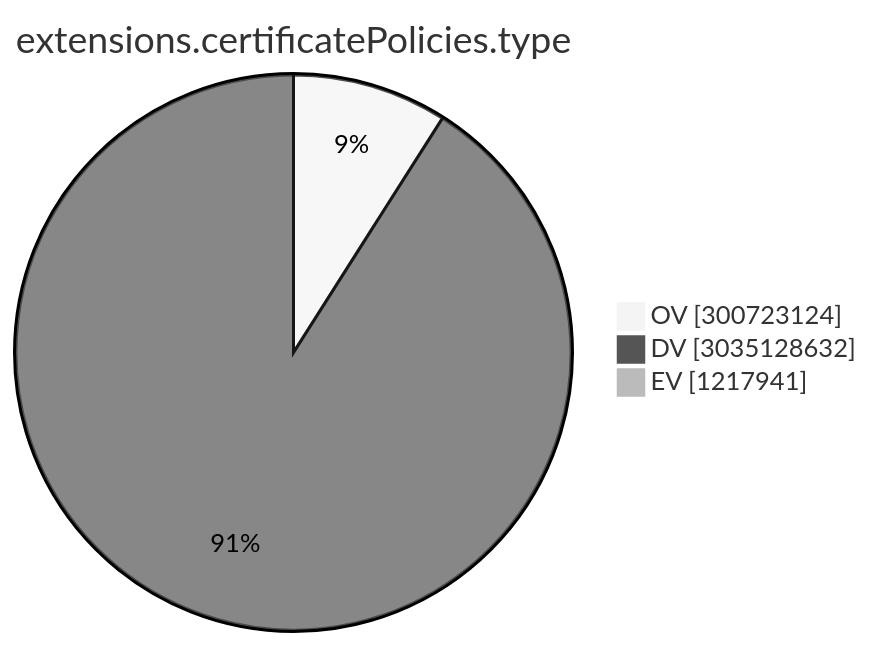
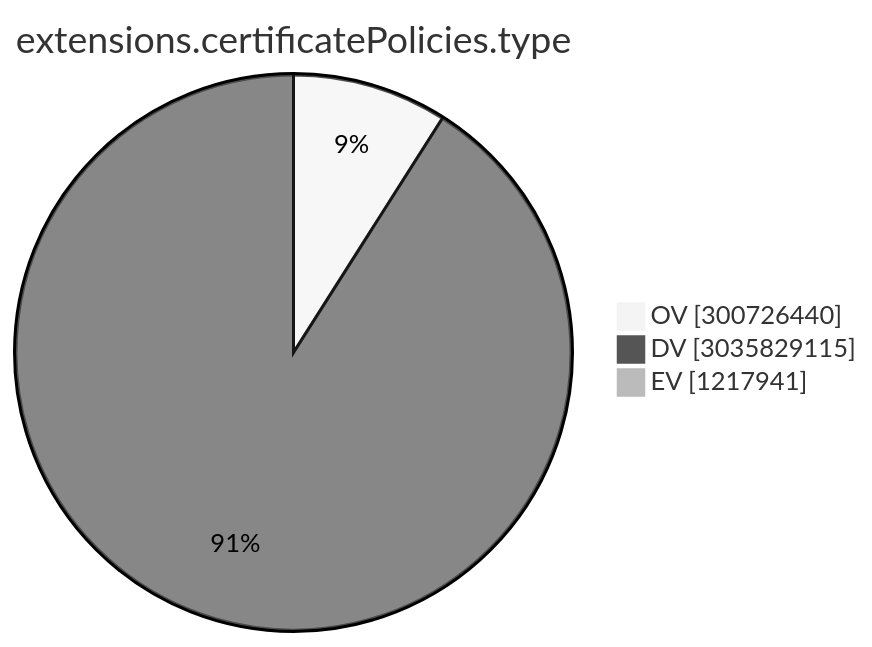
Before and after one commit to christiankrug/ctmonitor_visualization: the ninth of 15 diagrams in TOTAL/README.md, drawn with Mermaid (neutral theme). The commit also changed other lines of this file, not shown here.

````diff
--- a/TOTAL/README.md
+++ b/TOTAL/README.md
@@ -3102,7 +3102,7 @@
 ```mermaid
 pie showData
 title extensions.certificatePolicies.type
-"OV" :300723124
-"DV" :3035128632
+"OV" :300726440
+"DV" :3035829115
 "EV" :1217941
 ```
````
